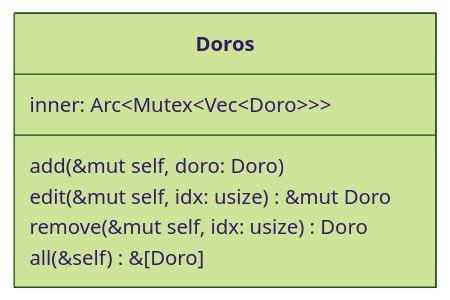
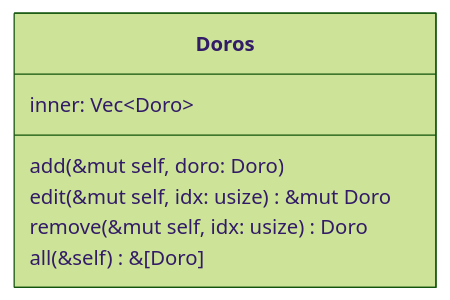
The second of 5 diagrams in src/pomo_doro/doro.md (huangjj27/huangjj27.github.io), drawn with Mermaid (forest theme) before and after one commit. The commit also changed other lines of this file, not shown here.

Commit message:
sprint1(pomo_doro): 修正集合类置顶类设计

````diff
--- a/src/pomo_doro/doro.md
+++ b/src/pomo_doro/doro.md
@@ -31,11 +31,11 @@
 ```mermaid
 classDiagram
 
     class Doros {
-        inner: Arc~Mutex~Vec~Doro~~~
+        inner: Vec~Doro~
         add(&mut self, doro: Doro)
         edit(&mut self, idx: usize) &mut Doro
         remove(&mut self, idx: usize) Doro
         all(&self) &[Doro]
     }
 ```
````
